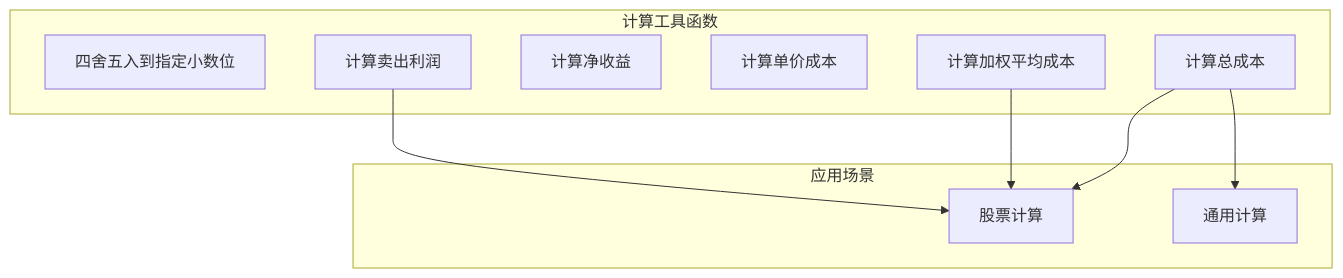
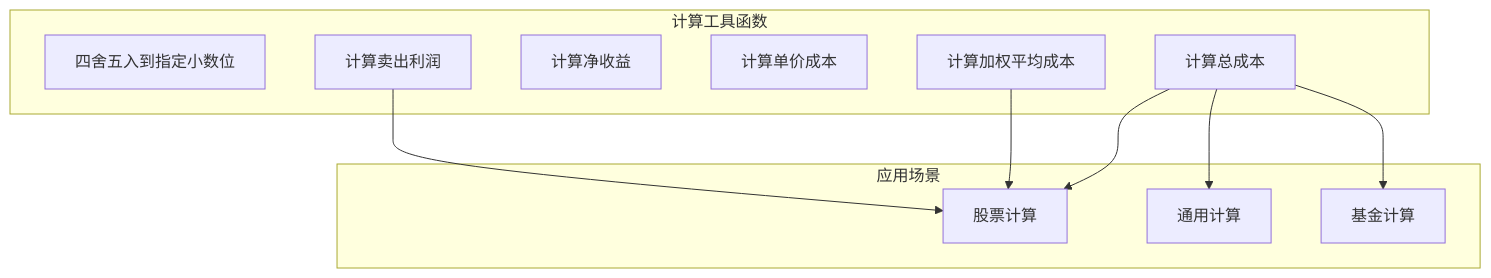
Diagram 17 of 20 in .qoder/repowiki/zh/content/资产管理/资产总览.md (xiao-lin-unit/yuan), drawn with Mermaid before and after one commit. The commit also changed other lines of this file and 17 other files, not shown here.

````diff
--- a/.qoder/repowiki/zh/content/资产管理/资产总览.md
+++ b/.qoder/repowiki/zh/content/资产管理/资产总览.md
@@ -610,19 +753,21 @@
 ```mermaid
 graph TB
 subgraph "计算工具函数"
 RoundToDecimals[四舍五入到指定小数位]
 CalculateTotalCost[计算总成本]
 CalculateNetProceeds[计算净收益]
 CalculateCostPrice[计算单价成本]
 CalculateWeightedCostPrice[计算加权平均成本]
 CalculateSellProfit[计算卖出利润]
 end
 subgraph "应用场景"
 StockCalc[股票计算]
 GeneralCalc[通用计算]
+FundCalc[基金计算]
 end
 CalculateTotalCost --> StockCalc
 CalculateTotalCost --> GeneralCalc
+CalculateTotalCost --> FundCalc
 CalculateWeightedCostPrice --> StockCalc
 CalculateSellProfit --> StockCalc
 ```
````
